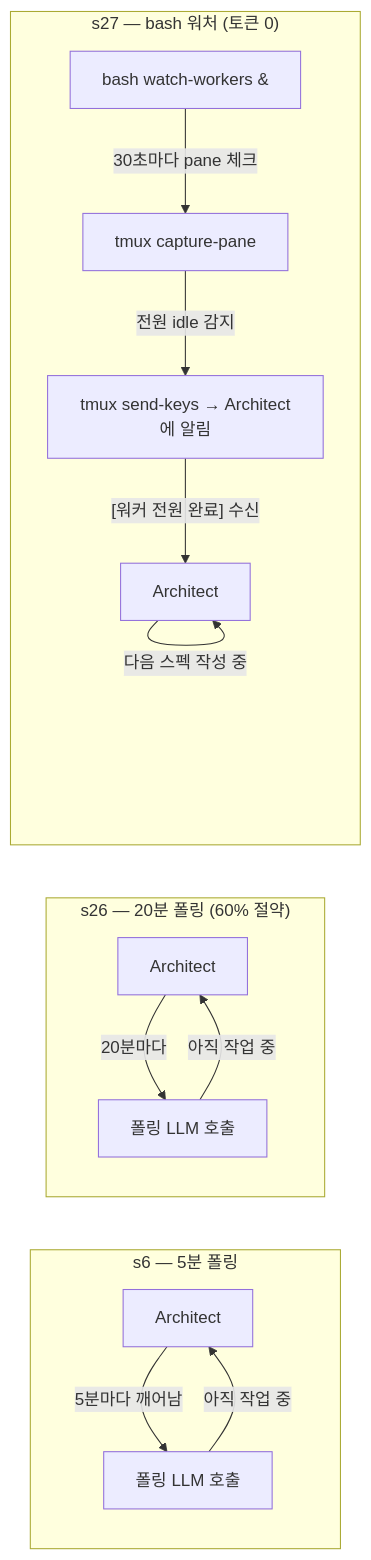
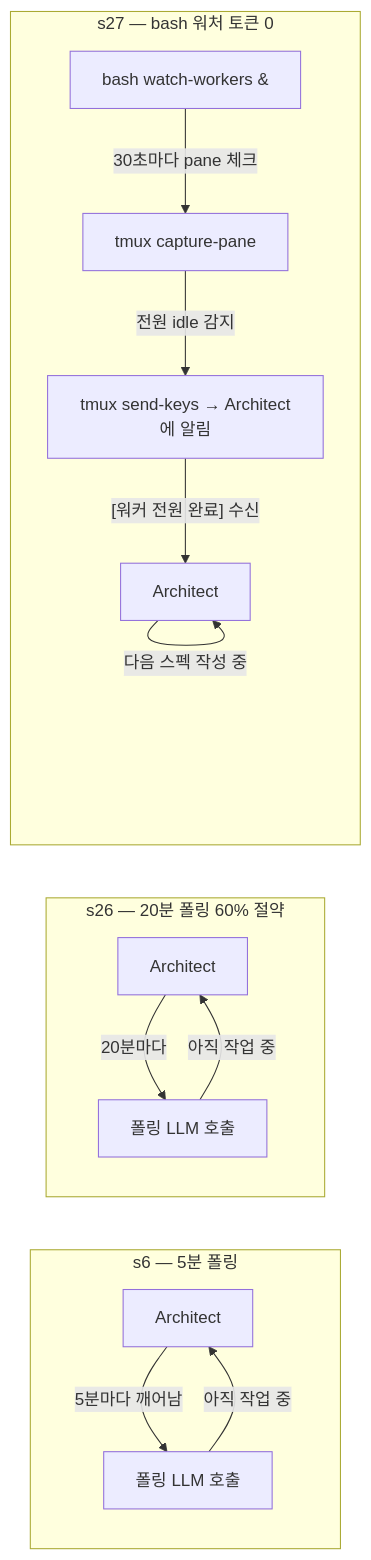
Before and after one commit to Mino777/ai-study: the diagram in content/harness-engineering/bash-watcher-zero-token-polling.mdx, drawn with Mermaid. The commit also changed 30 other files, not shown here.

First line of the commit message:
fix: Mermaid 렌더링 에러 42건 수정 + mermaid-fix.mjs 규칙 4개 추가

````diff
--- a/content/harness-engineering/bash-watcher-zero-token-polling.mdx
+++ b/content/harness-engineering/bash-watcher-zero-token-polling.mdx
@@ -79,19 +79,19 @@
 ```mermaid
 graph LR
     subgraph s6 ["s6 — 5분 폴링"]
         A1[Architect] -- "5분마다 깨어남" --> P1[폴링 LLM 호출]
         P1 -- "아직 작업 중" --> A1
     end
 
-    subgraph s26 ["s26 — 20분 폴링 (60% 절약)"]
+    subgraph s26["s26 — 20분 폴링 60% 절약"]
         A2[Architect] -- "20분마다" --> P2[폴링 LLM 호출]
         P2 -- "아직 작업 중" --> A2
     end
 
-    subgraph s27 ["s27 — bash 워처 (토큰 0)"]
+    subgraph s27["s27 — bash 워처 토큰 0"]
         B[bash watch-workers &] -- "30초마다 pane 체크" --> W[tmux capture-pane]
         W -- "전원 idle 감지" --> N["tmux send-keys → Architect에 알림"]
         A3[Architect] -- "다음 스펙 작성 중" --> A3
         N -- "[워커 전원 완료] 수신" --> A3
     end
 ```
````
